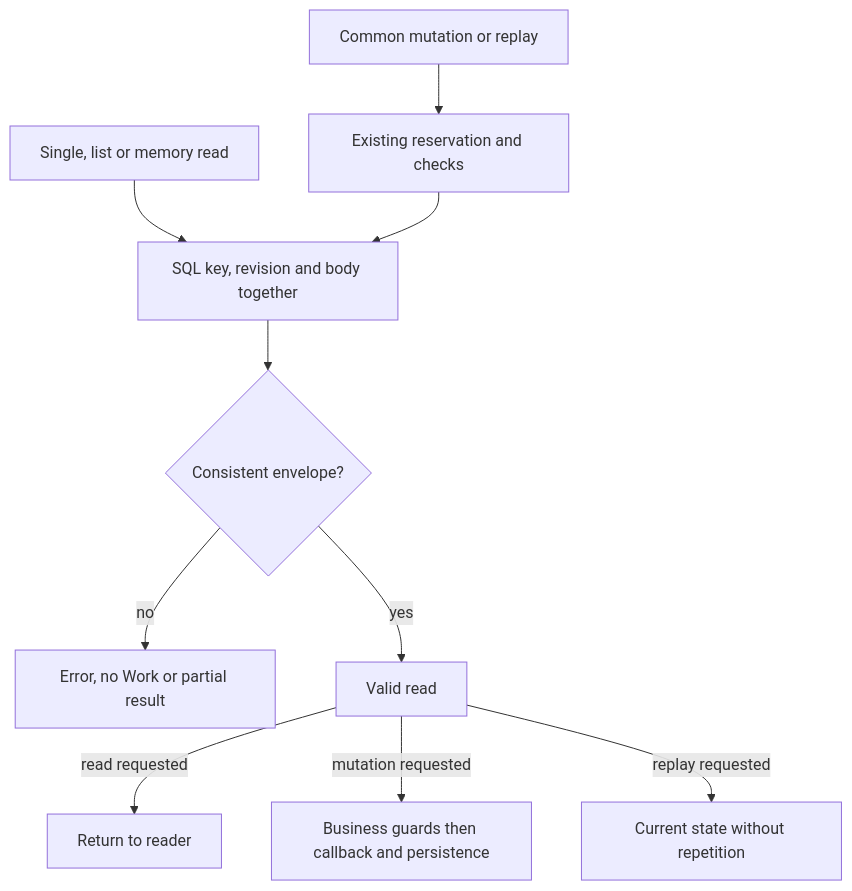
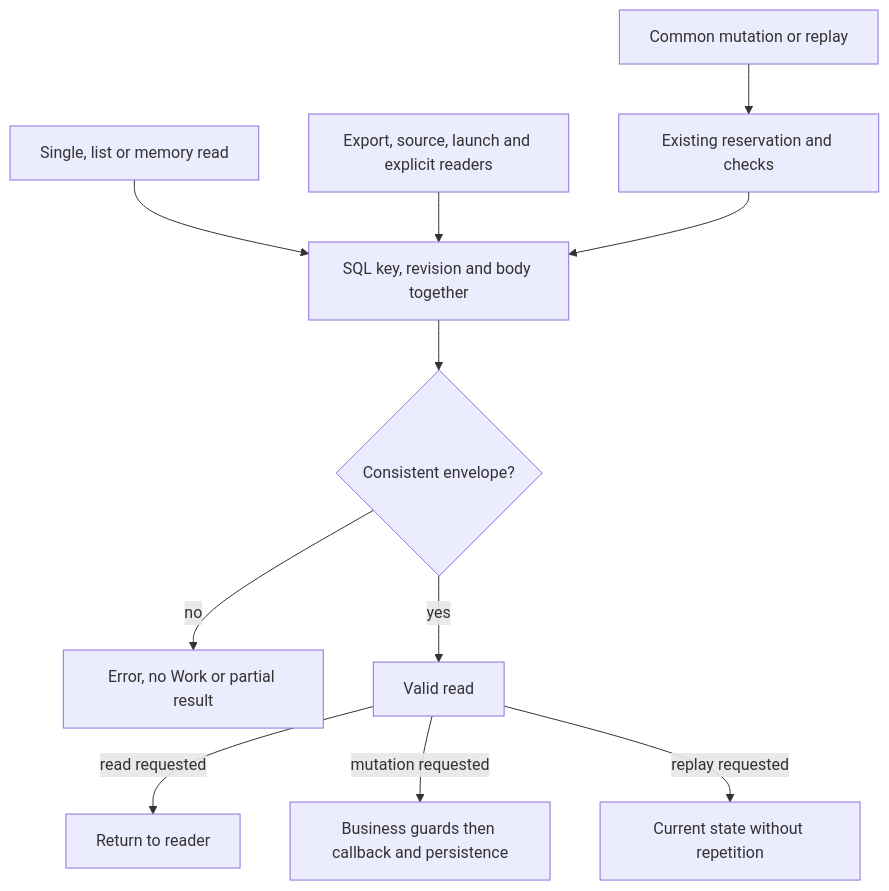
One commit to mo0ogly/swarm changed the first of 2 diagrams in docs/en/WORK-ROW-CONTRACT.md. Above: the diagram before and after it, drawn with Mermaid. The commit also changed other lines of this file and 1350 other files, not shown here.

````diff
--- a/docs/en/WORK-ROW-CONTRACT.md
+++ b/docs/en/WORK-ROW-CONTRACT.md
@@ -48,12 +57,13 @@
 ```mermaid
 flowchart TD
   A[Single, list or memory read] --> C[SQL key, revision and body together]
   B[Common mutation or replay] --> R[Existing reservation and checks]
+  X[Export, source, launch and explicit readers] --> C
   R --> C
   C --> V{Consistent envelope?}
   V -->|no| E[Error, no Work or partial result]
   V -->|yes| D[Valid read]
   D -->|read requested| L[Return to reader]
   D -->|mutation requested| M[Business guards then callback and persistence]
   D -->|replay requested| J[Current state without repetition]
 ```
````
